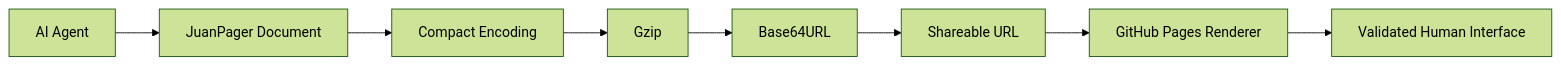
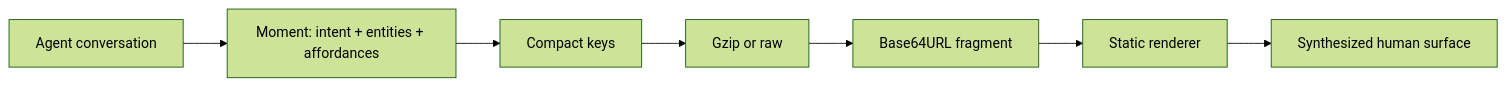
One commit to CakeRepository/JuanPage changed the diagram in README.md. Above: the diagram before and after it, drawn with Mermaid (forest theme). The commit also changed other lines of this file and 32 other files, not shown here.

First line of the commit message:
Ship JuanPager 0.2 moment runtime for agent handoffs.

````diff
--- a/README.md
+++ b/README.md
@@ -11,10 +11,9 @@
 ```mermaid
 flowchart LR
-    A[AI Agent] --> B[JuanPager Document]
-    B --> C[Compact Encoding]
-    C --> D[Gzip]
-    D --> E[Base64URL]
-    E --> F[Shareable URL]
-    F --> G[GitHub Pages Renderer]
-    G --> H[Validated Human Interface]
+    A[Agent conversation] --> B[Moment: intent + entities + affordances]
+    B --> C[Compact keys]
+    C --> D[Gzip or raw]
+    D --> E[Base64URL fragment]
+    E --> F[Static renderer]
+    F --> G[Synthesized human surface]
 ```
````
